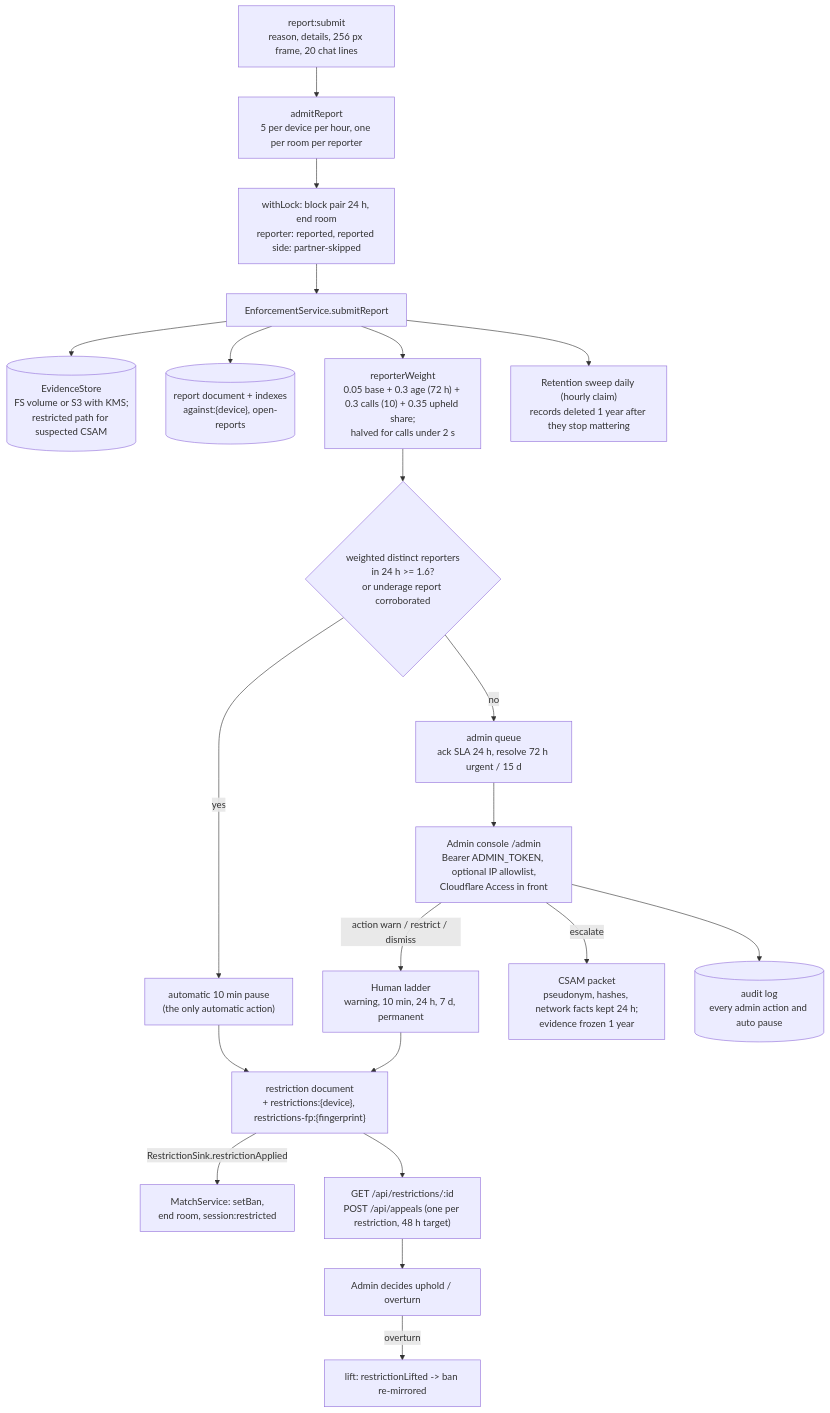
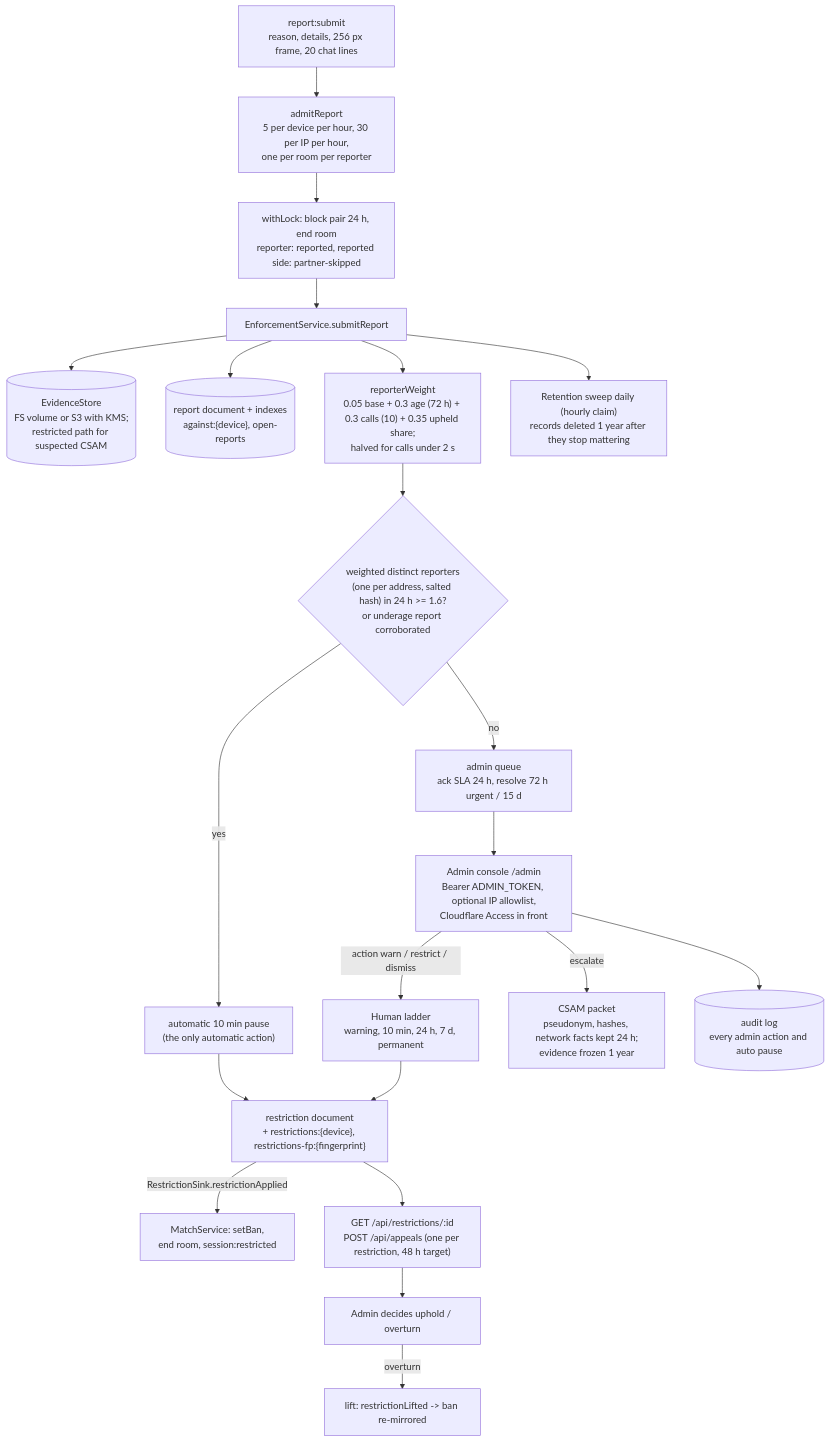
Diagram 11 of 11 in docs/ARCHITECTURE.md (yashs33244/Omegle_with_stun), drawn with Mermaid before and after one commit. The commit also changed other lines of this file and 20 other files, not shown here.

````diff
--- a/docs/ARCHITECTURE.md
+++ b/docs/ARCHITECTURE.md
@@ -469,23 +469,23 @@
 ```mermaid
 flowchart TB
-  R["report:submit<br/>reason, details, 256 px frame, 20 chat lines"] --> ADM["admitReport<br/>5 per device per hour, one per room per reporter"]
+  R["report:submit<br/>reason, details, 256 px frame, 20 chat lines"] --> ADM["admitReport<br/>5 per device per hour, 30 per IP per hour,<br/>one per room per reporter"]
   ADM --> LOCK["withLock: block pair 24 h, end room<br/>reporter: reported, reported side: partner-skipped"]
   LOCK --> SUB["EnforcementService.submitReport"]
   SUB --> EVS[("EvidenceStore<br/>FS volume or S3 with KMS;<br/>restricted path for suspected CSAM")]
   SUB --> DOC[("report document + indexes<br/>against:{device}, open-reports")]
   SUB --> W["reporterWeight<br/>0.05 base + 0.3 age (72 h) + 0.3 calls (10) + 0.35 upheld share;<br/>halved for calls under 2 s"]
-  W --> AUTO{"weighted distinct reporters<br/>in 24 h >= 1.6?<br/>or underage report corroborated"}
+  W --> AUTO{"weighted distinct reporters<br/>(one per address, salted hash) in 24 h >= 1.6?<br/>or underage report corroborated"}
   AUTO -- yes --> PAUSE["automatic 10 min pause<br/>(the only automatic action)"]
   AUTO -- no --> Q["admin queue<br/>ack SLA 24 h, resolve 72 h urgent / 15 d"]
   Q --> ADMIN["Admin console /admin<br/>Bearer ADMIN_TOKEN, optional IP allowlist,<br/>Cloudflare Access in front"]
   ADMIN -- "action warn / restrict / dismiss" --> LADDER["Human ladder<br/>warning, 10 min, 24 h, 7 d, permanent"]
   ADMIN -- "escalate" --> CSAM["CSAM packet<br/>pseudonym, hashes, network facts kept 24 h;<br/>evidence frozen 1 year"]
   PAUSE --> RES["restriction document<br/>+ restrictions:{device}, restrictions-fp:{fingerprint}"]
   LADDER --> RES
   RES -- "RestrictionSink.restrictionApplied" --> MS["MatchService: setBan,<br/>end room, session:restricted"]
   RES --> USER["GET /api/restrictions/:id<br/>POST /api/appeals (one per restriction, 48 h target)"]
   USER --> APPEAL["Admin decides uphold / overturn"]
   APPEAL -- overturn --> LIFT["lift: restrictionLifted -> ban re-mirrored"]
   ADMIN --> AUDIT[("audit log<br/>every admin action and auto pause")]
   SUB --> RET["Retention sweep daily (hourly claim)<br/>records deleted 1 year after they stop mattering"]
 ```
````
